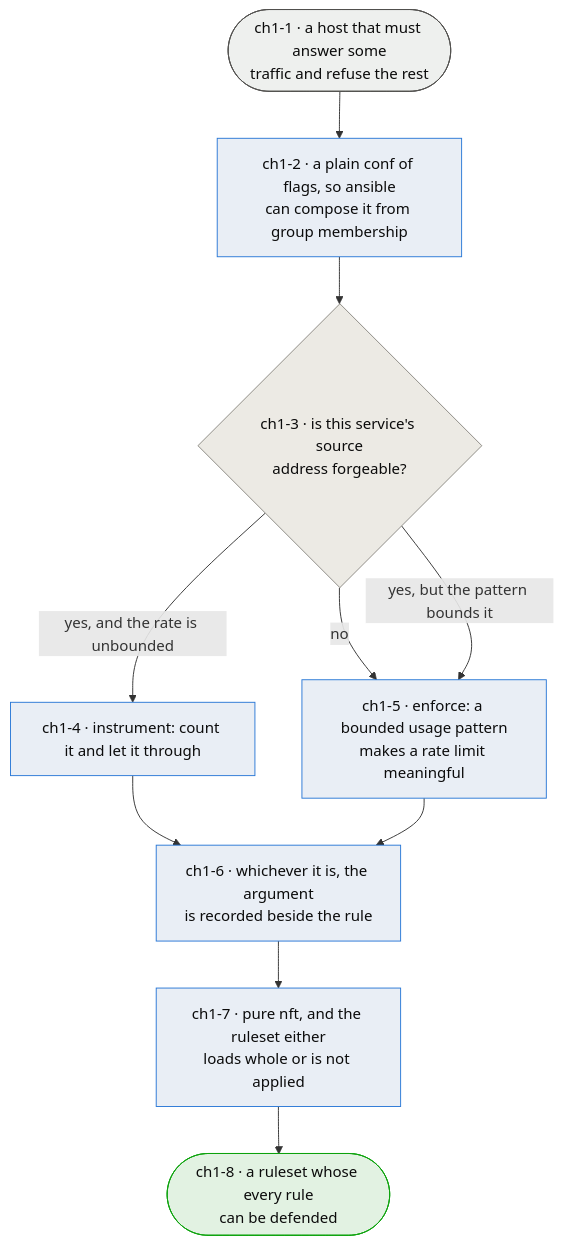
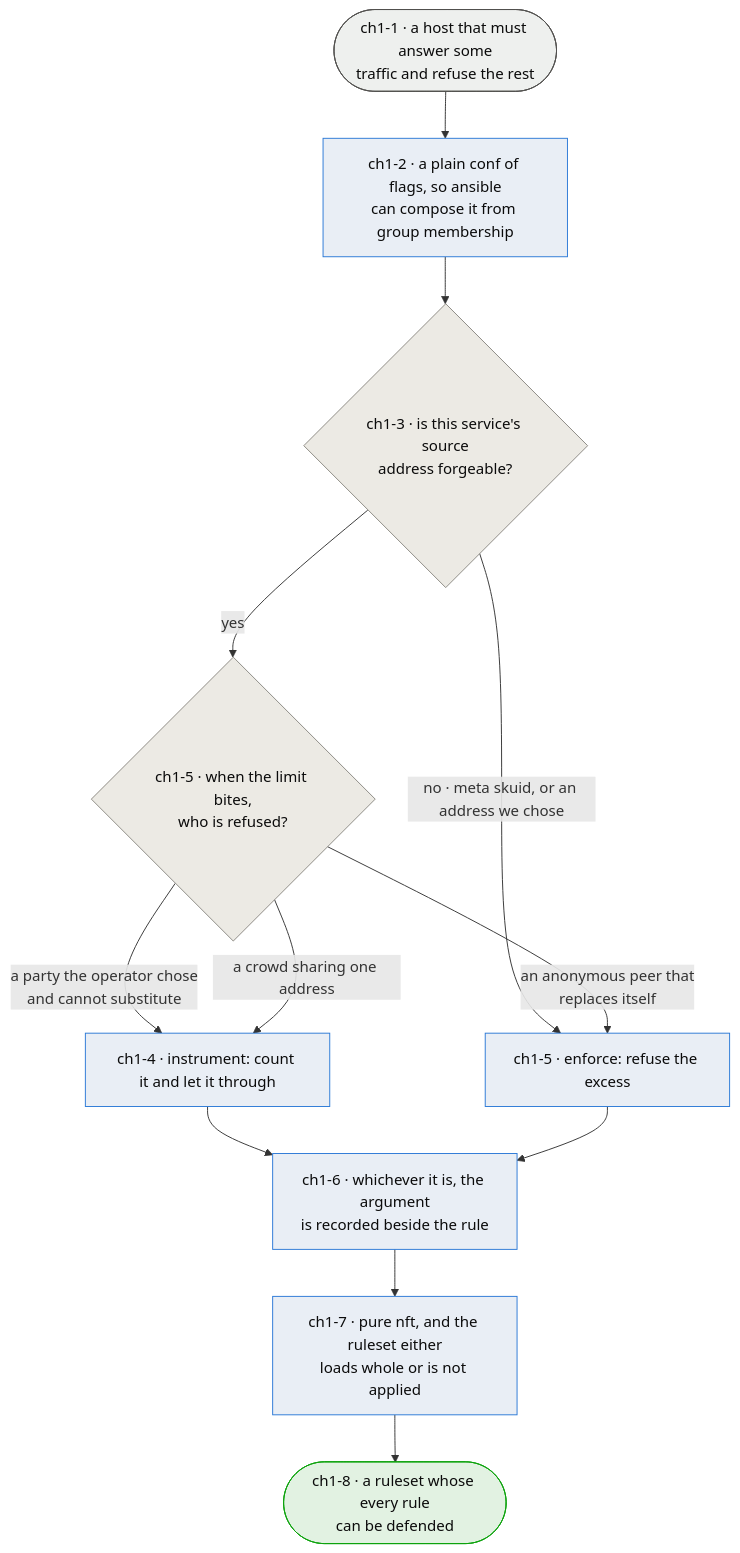
The diagram in spec/diagrams/chapter-01-rules.md (flattop5377/afirewall), drawn with Mermaid before and after one commit. The commit also changed other lines of this file and 37 other files, not shown here.

````diff
--- a/spec/diagrams/chapter-01-rules.md
+++ b/spec/diagrams/chapter-01-rules.md
@@ -36,26 +45,29 @@
 ```mermaid
 flowchart TD
     NEED([ch1-1 · a host that must answer some<br/>traffic and refuse the rest]):::input
     CONF[ch1-2 · a plain conf of flags, so ansible<br/>can compose it from group membership]:::process
     SPOOFQ{ch1-3 · is this service's source<br/>address forgeable?}:::decision
+    WHOQ{ch1-5 · when the limit bites,<br/>who is refused?}:::decision
     INSTR[ch1-4 · instrument: count it and let it through]:::process
-    ENF[ch1-5 · enforce: a bounded usage pattern<br/>makes a rate limit meaningful]:::process
+    ENF[ch1-5 · enforce: refuse the excess]:::process
     WRITE[ch1-6 · whichever it is, the argument<br/>is recorded beside the rule]:::process
     NFT[ch1-7 · pure nft, and the ruleset either<br/>loads whole or is not applied]:::process
     OUT([ch1-8 · a ruleset whose every rule<br/>can be defended]):::output
 
     NEED --> CONF
     CONF --> SPOOFQ
-    SPOOFQ -->|yes, and the rate is unbounded| INSTR
-    SPOOFQ -->|no| ENF
-    SPOOFQ -->|yes, but the pattern bounds it| ENF
+    SPOOFQ -->|no · meta skuid, or an address we chose| ENF
+    SPOOFQ -->|yes| WHOQ
+    WHOQ -->|a party the operator chose<br/>and cannot substitute| INSTR
+    WHOQ -->|a crowd sharing one address| INSTR
+    WHOQ -->|an anonymous peer that<br/>replaces itself| ENF
     INSTR --> WRITE
     ENF --> WRITE
     WRITE --> NFT
     NFT --> OUT
 
     classDef input fill:#eef0ee,stroke:#52514e,color:#0b0b0b;
     classDef process fill:#e9eef5,stroke:#2a78d6,color:#0b0b0b;
     classDef decision fill:#eceae4,stroke:#898781,color:#0b0b0b;
     classDef output fill:#e2f2e2,stroke:#0ca30c,color:#0b0b0b;
 ```
````
